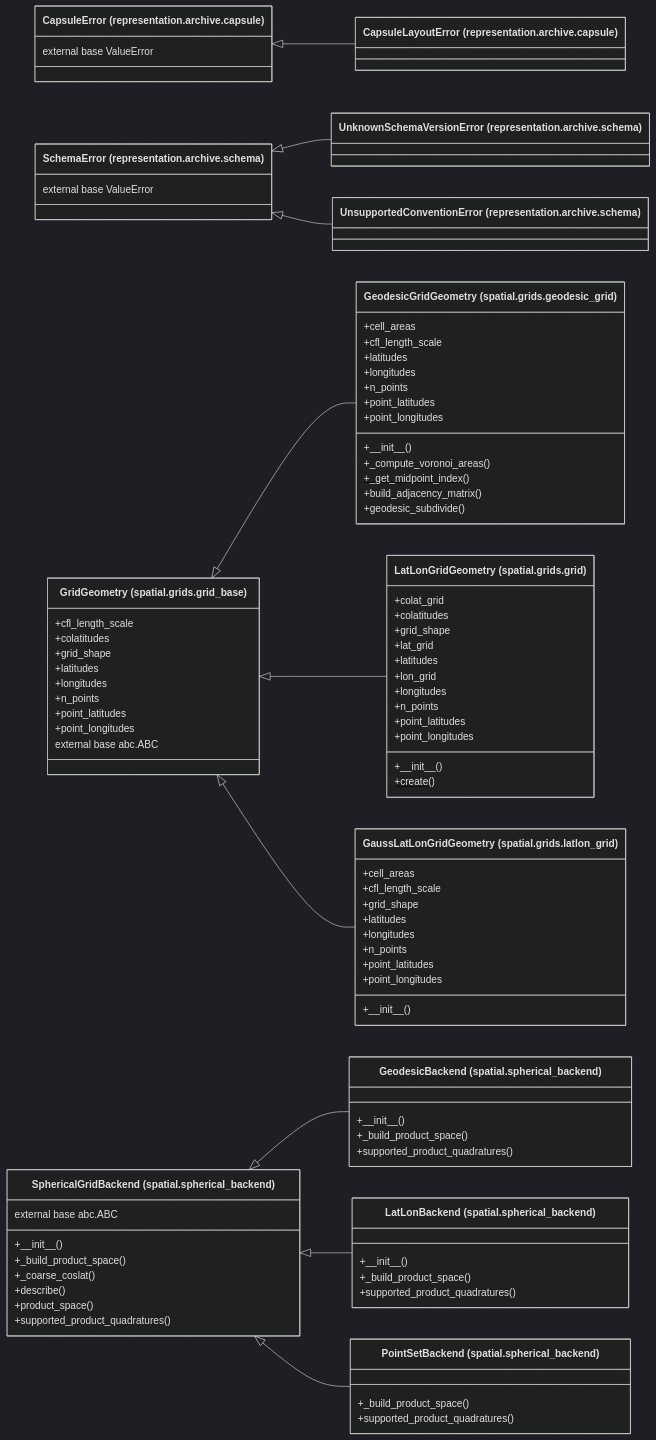
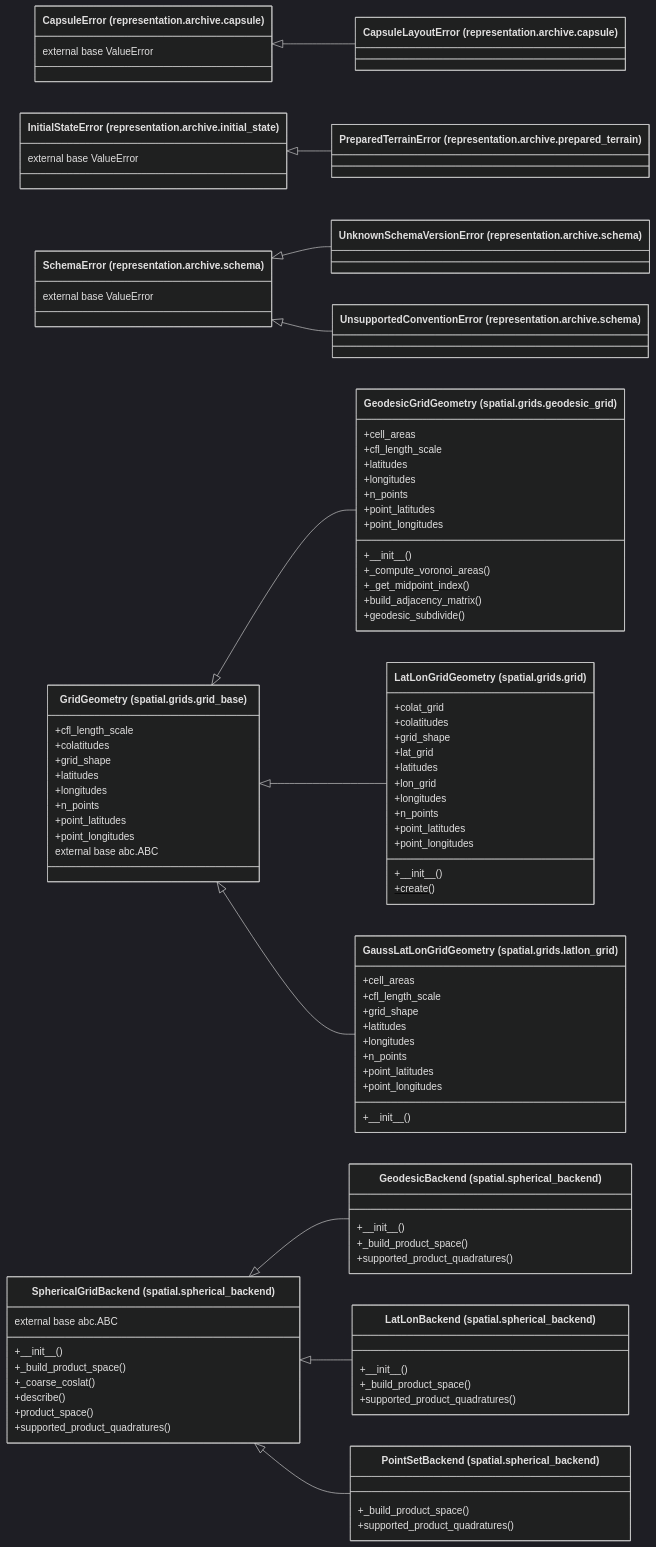
One commit to AlexandreEros/Palintropos changed the diagram in docs/architecture/current/classes.mmd. Above: the diagram before and after it, drawn with Mermaid (dark theme). The commit also changed 28 other files, not shown here.

First line of the commit message:
feat(terrain): PE runs over prepared terrain; real MOLA validation

```diff
--- a/docs/architecture/current/classes.mmd
+++ b/docs/architecture/current/classes.mmd
@@ -1,85 +1,89 @@
 %% Generated by tools.architecture 1.0.0. Do not edit by hand.
 %% Classes that take part in an inheritance edge between analysed classes, with the functions defined in each class body.
 classDiagram
     direction LR
     class c_tropoi_orepresentation_oarchive_ocapsule_oCapsuleError["CapsuleError (representation.archive.capsule)"]
     c_tropoi_orepresentation_oarchive_ocapsule_oCapsuleError : external base ValueError
     class c_tropoi_orepresentation_oarchive_ocapsule_oCapsuleLayoutError["CapsuleLayoutError (representation.archive.capsule)"]
+    class c_tropoi_orepresentation_oarchive_oinitial__state_oInitialStateError["InitialStateError (representation.archive.initial_state)"]
+    c_tropoi_orepresentation_oarchive_oinitial__state_oInitialStateError : external base ValueError
+    class c_tropoi_orepresentation_oarchive_oprepared__terrain_oPreparedTerrainError["PreparedTerrainError (representation.archive.prepared_terrain)"]
     class c_tropoi_orepresentation_oarchive_oschema_oSchemaError["SchemaError (representation.archive.schema)"]
     c_tropoi_orepresentation_oarchive_oschema_oSchemaError : external base ValueError
     class c_tropoi_orepresentation_oarchive_oschema_oUnknownSchemaVersionError["UnknownSchemaVersionError (representation.archive.schema)"]
     class c_tropoi_orepresentation_oarchive_oschema_oUnsupportedConventionError["UnsupportedConventionError (representation.archive.schema)"]
     class c_tropoi_ospatial_ogrids_ogeodesic__grid_oGeodesicGridGeometry["GeodesicGridGeometry (spatial.grids.geodesic_grid)"]
     c_tropoi_ospatial_ogrids_ogeodesic__grid_oGeodesicGridGeometry : +#95;#95;init#95;#95;()
     c_tropoi_ospatial_ogrids_ogeodesic__grid_oGeodesicGridGeometry : +#95;compute#95;voronoi#95;areas()
     c_tropoi_ospatial_ogrids_ogeodesic__grid_oGeodesicGridGeometry : +#95;get#95;midpoint#95;index()$
     c_tropoi_ospatial_ogrids_ogeodesic__grid_oGeodesicGridGeometry : +build#95;adjacency#95;matrix()
     c_tropoi_ospatial_ogrids_ogeodesic__grid_oGeodesicGridGeometry : +cell#95;areas
     c_tropoi_ospatial_ogrids_ogeodesic__grid_oGeodesicGridGeometry : +cfl#95;length#95;scale
     c_tropoi_ospatial_ogrids_ogeodesic__grid_oGeodesicGridGeometry : +geodesic#95;subdivide()
     c_tropoi_ospatial_ogrids_ogeodesic__grid_oGeodesicGridGeometry : +latitudes
     c_tropoi_ospatial_ogrids_ogeodesic__grid_oGeodesicGridGeometry : +longitudes
     c_tropoi_ospatial_ogrids_ogeodesic__grid_oGeodesicGridGeometry : +n#95;points
     c_tropoi_ospatial_ogrids_ogeodesic__grid_oGeodesicGridGeometry : +point#95;latitudes
     c_tropoi_ospatial_ogrids_ogeodesic__grid_oGeodesicGridGeometry : +point#95;longitudes
     class c_tropoi_ospatial_ogrids_ogrid_oLatLonGridGeometry["LatLonGridGeometry (spatial.grids.grid)"]
     c_tropoi_ospatial_ogrids_ogrid_oLatLonGridGeometry : +#95;#95;init#95;#95;()
     c_tropoi_ospatial_ogrids_ogrid_oLatLonGridGeometry : +colat#95;grid
     c_tropoi_ospatial_ogrids_ogrid_oLatLonGridGeometry : +colatitudes
     c_tropoi_ospatial_ogrids_ogrid_oLatLonGridGeometry : +create()$
     c_tropoi_ospatial_ogrids_ogrid_oLatLonGridGeometry : +grid#95;shape
     c_tropoi_ospatial_ogrids_ogrid_oLatLonGridGeometry : +lat#95;grid
     c_tropoi_ospatial_ogrids_ogrid_oLatLonGridGeometry : +latitudes
     c_tropoi_ospatial_ogrids_ogrid_oLatLonGridGeometry : +lon#95;grid
     c_tropoi_ospatial_ogrids_ogrid_oLatLonGridGeometry : +longitudes
     c_tropoi_ospatial_ogrids_ogrid_oLatLonGridGeometry : +n#95;points
     c_tropoi_ospatial_ogrids_ogrid_oLatLonGridGeometry : +point#95;latitudes
     c_tropoi_ospatial_ogrids_ogrid_oLatLonGridGeometry : +point#95;longitudes
     class c_tropoi_ospatial_ogrids_ogrid__base_oGridGeometry["GridGeometry (spatial.grids.grid_base)"]
     c_tropoi_ospatial_ogrids_ogrid__base_oGridGeometry : +cfl#95;length#95;scale
     c_tropoi_ospatial_ogrids_ogrid__base_oGridGeometry : +colatitudes
     c_tropoi_ospatial_ogrids_ogrid__base_oGridGeometry : +grid#95;shape
     c_tropoi_ospatial_ogrids_ogrid__base_oGridGeometry : +latitudes
     c_tropoi_ospatial_ogrids_ogrid__base_oGridGeometry : +longitudes
     c_tropoi_ospatial_ogrids_ogrid__base_oGridGeometry : +n#95;points
     c_tropoi_ospatial_ogrids_ogrid__base_oGridGeometry : +point#95;latitudes
     c_tropoi_ospatial_ogrids_ogrid__base_oGridGeometry : +point#95;longitudes
     c_tropoi_ospatial_ogrids_ogrid__base_oGridGeometry : external base abc.ABC
     class c_tropoi_ospatial_ogrids_olatlon__grid_oGaussLatLonGridGeometry["GaussLatLonGridGeometry (spatial.grids.latlon_grid)"]
     c_tropoi_ospatial_ogrids_olatlon__grid_oGaussLatLonGridGeometry : +#95;#95;init#95;#95;()
     c_tropoi_ospatial_ogrids_olatlon__grid_oGaussLatLonGridGeometry : +cell#95;areas
     c_tropoi_ospatial_ogrids_olatlon__grid_oGaussLatLonGridGeometry : +cfl#95;length#95;scale
     c_tropoi_ospatial_ogrids_olatlon__grid_oGaussLatLonGridGeometry : +grid#95;shape
     c_tropoi_ospatial_ogrids_olatlon__grid_oGaussLatLonGridGeometry : +latitudes
     c_tropoi_ospatial_ogrids_olatlon__grid_oGaussLatLonGridGeometry : +longitudes
     c_tropoi_ospatial_ogrids_olatlon__grid_oGaussLatLonGridGeometry : +n#95;points
     c_tropoi_ospatial_ogrids_olatlon__grid_oGaussLatLonGridGeometry : +point#95;latitudes
     c_tropoi_ospatial_ogrids_olatlon__grid_oGaussLatLonGridGeometry : +point#95;longitudes
     class c_tropoi_ospatial_ospherical__backend_oGeodesicBackend["GeodesicBackend (spatial.spherical_backend)"]
     c_tropoi_ospatial_ospherical__backend_oGeodesicBackend : +#95;#95;init#95;#95;()
     c_tropoi_ospatial_ospherical__backend_oGeodesicBackend : +#95;build#95;product#95;space()
     c_tropoi_ospatial_ospherical__backend_oGeodesicBackend : +supported#95;product#95;quadratures()
     class c_tropoi_ospatial_ospherical__backend_oLatLonBackend["LatLonBackend (spatial.spherical_backend)"]
     c_tropoi_ospatial_ospherical__backend_oLatLonBackend : +#95;#95;init#95;#95;()
     c_tropoi_ospatial_ospherical__backend_oLatLonBackend : +#95;build#95;product#95;space()
     c_tropoi_ospatial_ospherical__backend_oLatLonBackend : +supported#95;product#95;quadratures()
     class c_tropoi_ospatial_ospherical__backend_oPointSetBackend["PointSetBackend (spatial.spherical_backend)"]
     c_tropoi_ospatial_ospherical__backend_oPointSetBackend : +#95;build#95;product#95;space()
     c_tropoi_ospatial_ospherical__backend_oPointSetBackend : +supported#95;product#95;quadratures()
     class c_tropoi_ospatial_ospherical__backend_oSphericalGridBackend["SphericalGridBackend (spatial.spherical_backend)"]
     c_tropoi_ospatial_ospherical__backend_oSphericalGridBackend : +#95;#95;init#95;#95;()
     c_tropoi_ospatial_ospherical__backend_oSphericalGridBackend : +#95;build#95;product#95;space()
     c_tropoi_ospatial_ospherical__backend_oSphericalGridBackend : +#95;coarse#95;coslat()
     c_tropoi_ospatial_ospherical__backend_oSphericalGridBackend : +describe()
     c_tropoi_ospatial_ospherical__backend_oSphericalGridBackend : +product#95;space()
     c_tropoi_ospatial_ospherical__backend_oSphericalGridBackend : +supported#95;product#95;quadratures()
     c_tropoi_ospatial_ospherical__backend_oSphericalGridBackend : external base abc.ABC
     c_tropoi_orepresentation_oarchive_ocapsule_oCapsuleError <|-- c_tropoi_orepresentation_oarchive_ocapsule_oCapsuleLayoutError
+    c_tropoi_orepresentation_oarchive_oinitial__state_oInitialStateError <|-- c_tropoi_orepresentation_oarchive_oprepared__terrain_oPreparedTerrainError
     c_tropoi_orepresentation_oarchive_oschema_oSchemaError <|-- c_tropoi_orepresentation_oarchive_oschema_oUnknownSchemaVersionError
     c_tropoi_orepresentation_oarchive_oschema_oSchemaError <|-- c_tropoi_orepresentation_oarchive_oschema_oUnsupportedConventionError
     c_tropoi_ospatial_ogrids_ogrid__base_oGridGeometry <|-- c_tropoi_ospatial_ogrids_ogeodesic__grid_oGeodesicGridGeometry
     c_tropoi_ospatial_ogrids_ogrid__base_oGridGeometry <|-- c_tropoi_ospatial_ogrids_ogrid_oLatLonGridGeometry
     c_tropoi_ospatial_ogrids_ogrid__base_oGridGeometry <|-- c_tropoi_ospatial_ogrids_olatlon__grid_oGaussLatLonGridGeometry
     c_tropoi_ospatial_ospherical__backend_oSphericalGridBackend <|-- c_tropoi_ospatial_ospherical__backend_oGeodesicBackend
     c_tropoi_ospatial_ospherical__backend_oSphericalGridBackend <|-- c_tropoi_ospatial_ospherical__backend_oLatLonBackend
     c_tropoi_ospatial_ospherical__backend_oSphericalGridBackend <|-- c_tropoi_ospatial_ospherical__backend_oPointSetBackend
```
